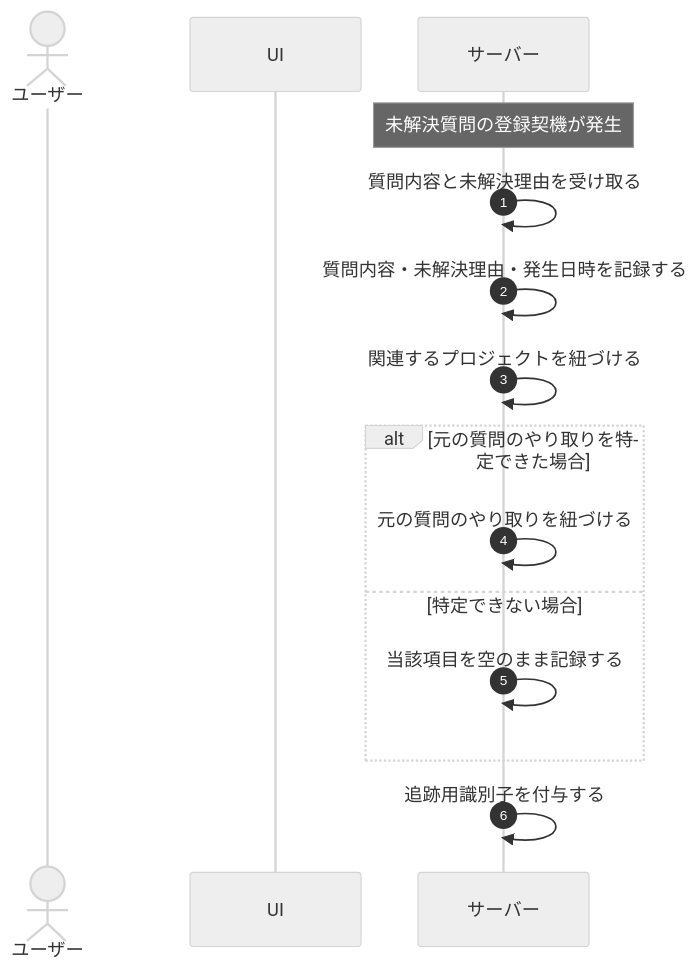
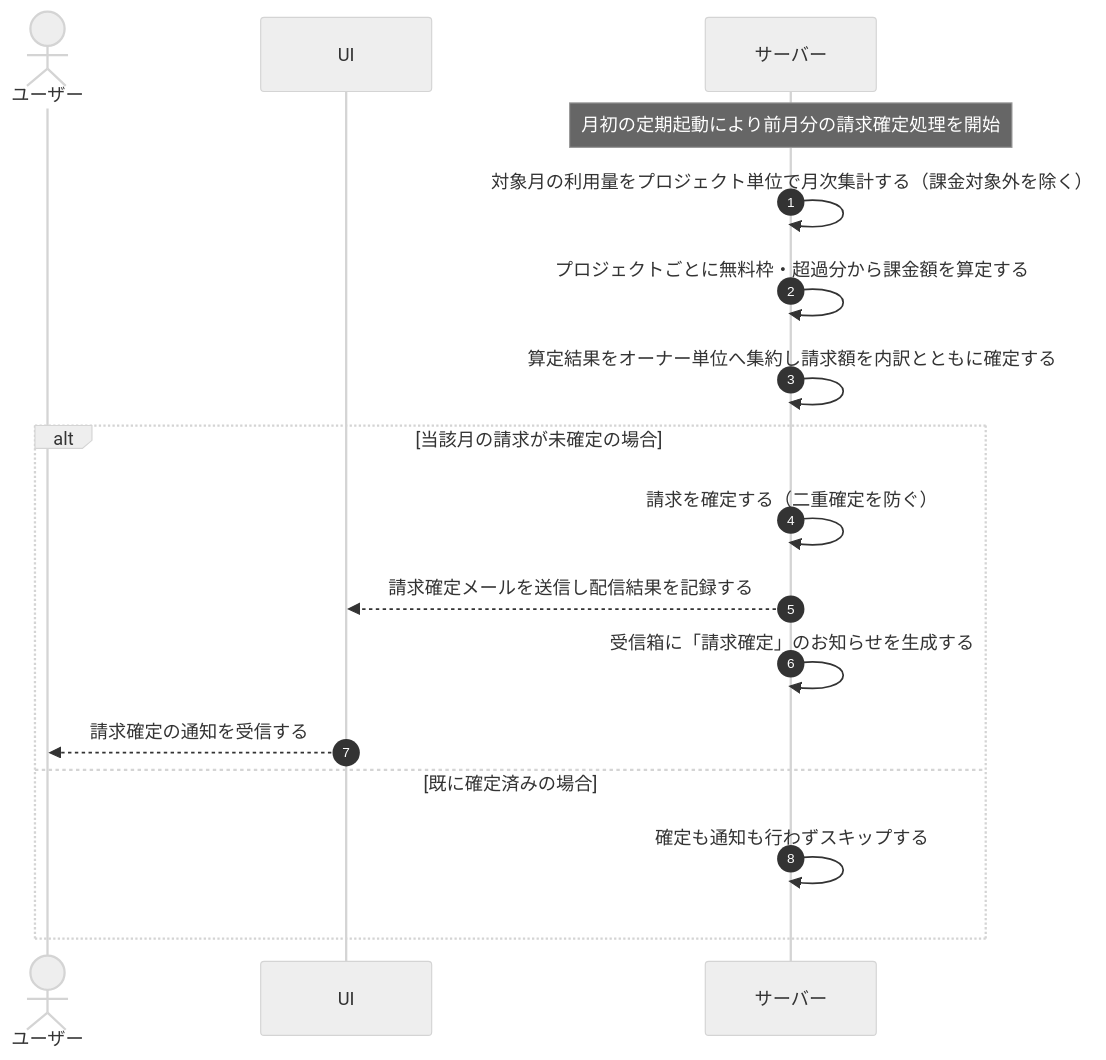
Before and after one commit to sikakou54/open-faq: the diagram in 01_requirements/04_business_usecases/UC-054.md, drawn with Mermaid (neutral theme). The commit also changed other lines of this file and 395 other files, not shown here.

````diff
--- a/01_requirements/04_business_usecases/UC-054.md
+++ b/01_requirements/04_business_usecases/UC-054.md
@@ -26,20 +28,21 @@
 ```mermaid
 sequenceDiagram
   autonumber
   actor U as ユーザー
   participant UI as UI
   participant S as サーバー
 
-  Note over S: 未解決質問の登録契機が発生
-  S->>S: 質問内容と未解決理由を受け取る
-  S->>S: 質問内容・未解決理由・発生日時を記録する
-  S->>S: 関連するプロジェクトを紐づける
+  Note over S: 月初の定期起動により前月分の請求確定処理を開始
+  S->>S: 対象月の利用量をプロジェクト単位で月次集計する（課金対象外を除く）
+  S->>S: プロジェクトごとに無料枠・超過分から課金額を算定する
+  S->>S: 算定結果をオーナー単位へ集約し請求額を内訳とともに確定する
 
-  alt 元の質問のやり取りを特定できた場合
-    S->>S: 元の質問のやり取りを紐づける
-  else 特定できない場合
-    S->>S: 当該項目を空のまま記録する
+  alt 当該月の請求が未確定の場合
+    S->>S: 請求を確定する（二重確定を防ぐ）
+    S-->>UI: 請求確定メールを送信し配信結果を記録する
+    S->>S: 受信箱に「請求確定」のお知らせを生成する
+    UI-->>U: 請求確定の通知を受信する
+  else 既に確定済みの場合
+    S->>S: 確定も通知も行わずスキップする
   end
-
-  S->>S: 追跡用識別子を付与する
 ```
````
